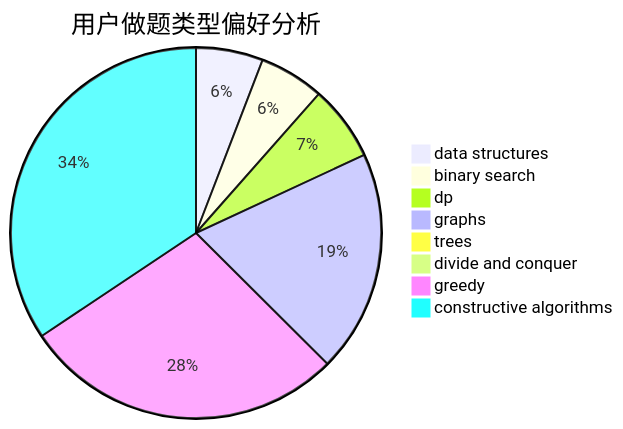
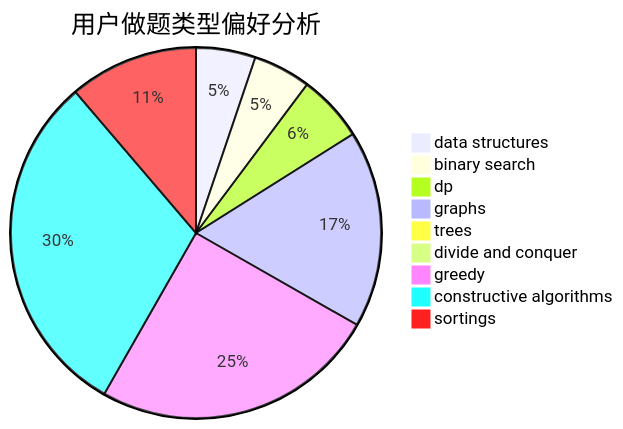
One commit to sherpahu/cfrs.github.io changed the second of 3 diagrams in docs/user/u347.md. Above: the diagram before and after it, drawn with Mermaid. The commit also changed other lines of this file and 2769 other files, not shown here.

````diff
--- a/docs/user/u347.md
+++ b/docs/user/u347.md
@@ -23,11 +18,12 @@
 ```mermaid
 pie title 用户做题类型偏好分析
     "data structures" :  130
     "binary search" :  126
     "dp" :  146
     "graphs" :  431
     "trees" :  13
     "divide and conquer" :  0
     "greedy" :  626
     "constructive algorithms" :  764
+    "sortings" :  282
 ```
````
